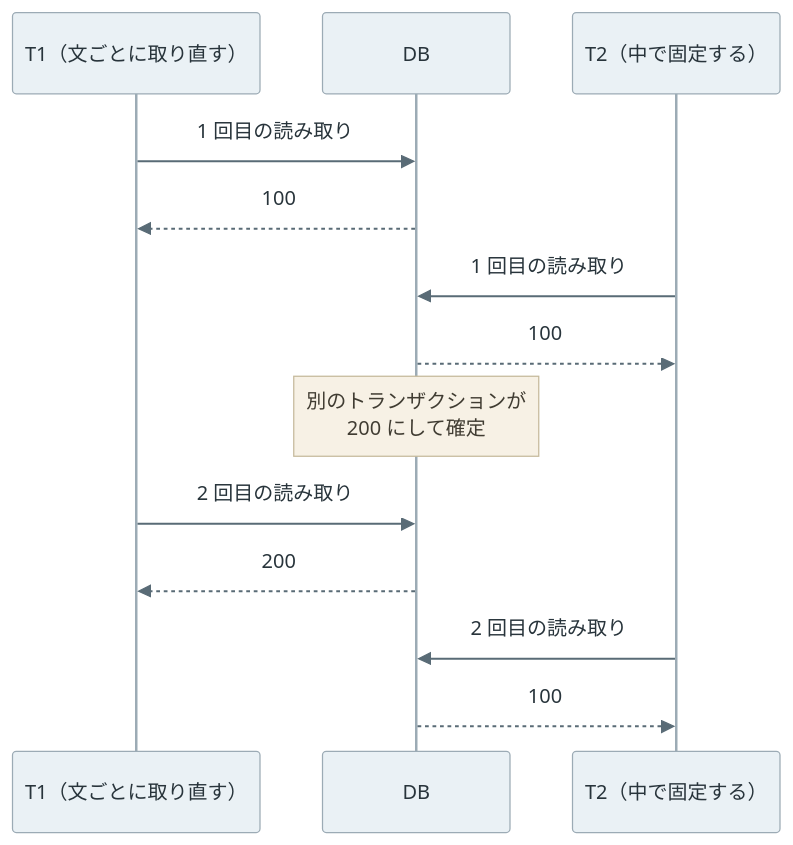
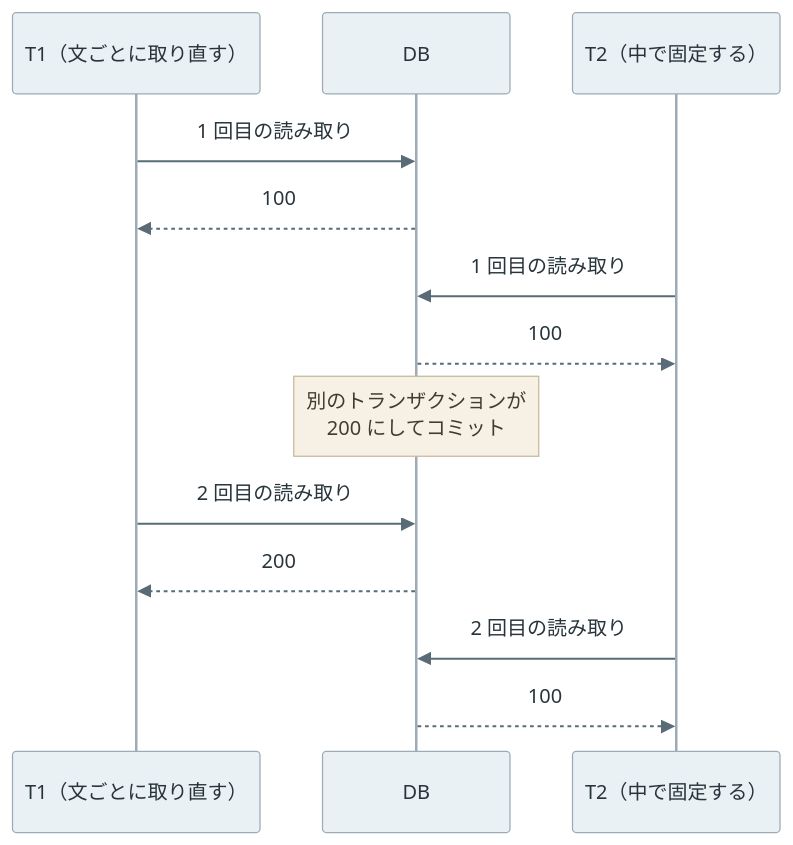
The sixth of 8 diagrams in content/notes/database-systems/transaction-isolation/index.md (nao1215/debimate), drawn with Mermaid before and after one commit. The commit also changed other lines of this file and 32 other files, not shown here.

````diff
--- a/content/notes/database-systems/transaction-isolation/index.md
+++ b/content/notes/database-systems/transaction-isolation/index.md
@@ -246,16 +246,16 @@
 ```mermaid
 %%{init: {"theme":"base","themeVariables":{"primaryColor":"#eaf1f5","primaryTextColor":"#28343b","primaryBorderColor":"#9cabb5","lineColor":"#596b76","textColor":"#28343b","actorBkg":"#eaf1f5","actorBorder":"#9cabb5","actorTextColor":"#28343b","actorLineColor":"#9cabb5","signalColor":"#596b76","signalTextColor":"#28343b","noteBkgColor":"#f7f1e5","noteBorderColor":"#c5b99b","noteTextColor":"#403c32","activationBkgColor":"#edf3ef","activationBorderColor":"#9aafa1"}}}%%
 sequenceDiagram
     participant A as T1（文ごとに取り直す）
     participant D as DB
     participant B as T2（中で固定する）
     A->>D: 1 回目の読み取り
     D-->>A: 100
     B->>D: 1 回目の読み取り
     D-->>B: 100
-    Note over D: 別のトランザクションが<br/>200 にして確定
+    Note over D: 別のトランザクションが<br/>200 にしてコミット
     A->>D: 2 回目の読み取り
     D-->>A: 200
     B->>D: 2 回目の読み取り
     D-->>B: 100
 ```
````
